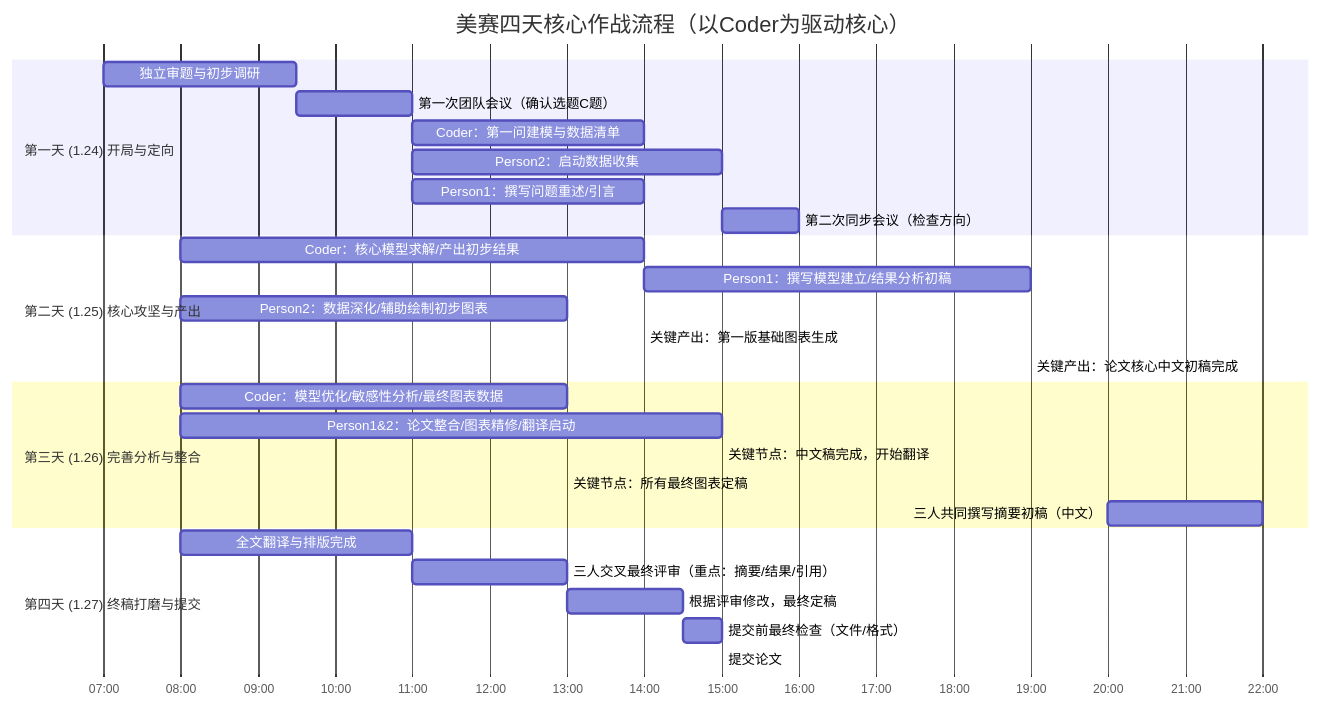
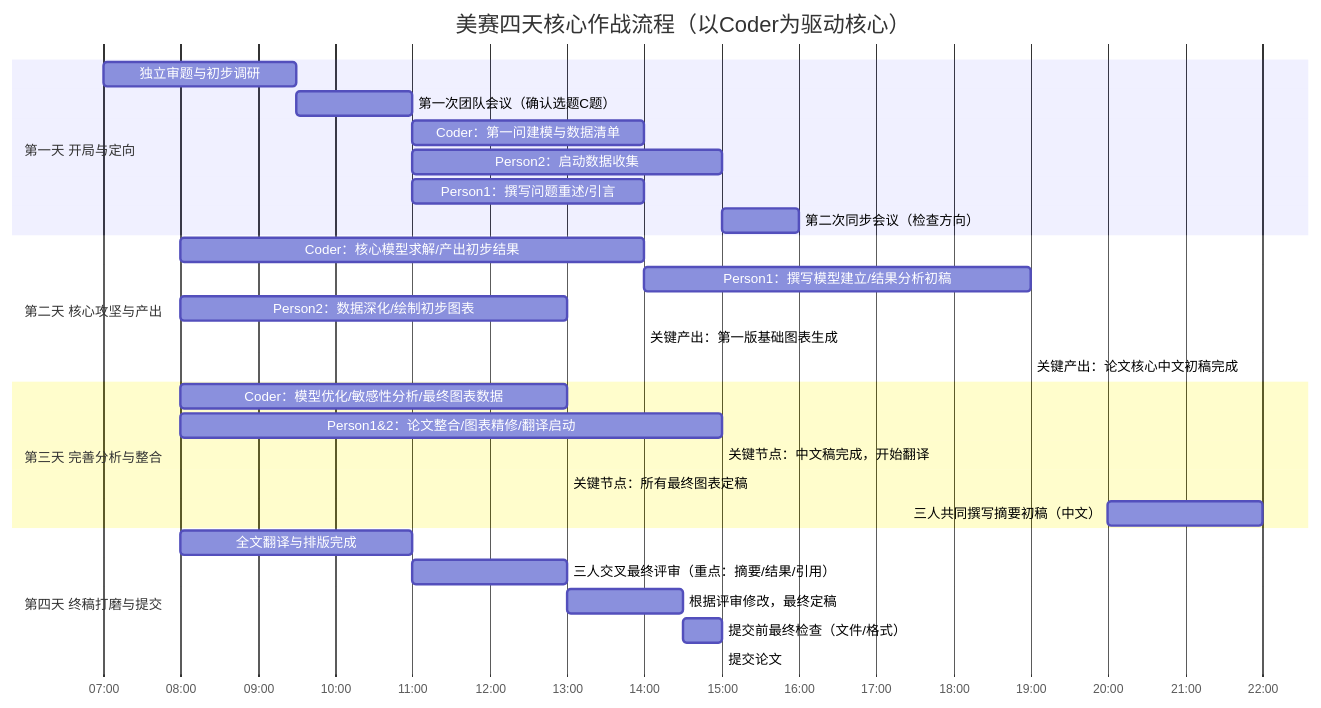
The diagram in docs/our_plan.md (Juccy-12/MathModelHub), drawn with Mermaid before and after one commit. The commit also changed other lines of this file, not shown here.

````diff
--- a/docs/our_plan.md
+++ b/docs/our_plan.md
@@ -108,35 +96,35 @@
 ```mermaid
 gantt
     title 美赛四天核心作战流程（以Coder为驱动核心）
     dateFormat HH:mm
     axisFormat %H:%M
     
-    section 第一天 (1.24) 开局与定向
+    section 第一天 开局与定向
     独立审题与初步调研 :d1_1, 07:00, 2.5h
     第一次团队会议（确认选题C题） :d1_2, after d1_1, 1.5h
     Coder：第一问建模与数据清单 :d1_3, after d1_2, 3h
     Person2：启动数据收集 :d1_4, after d1_2, 4h
     Person1：撰写问题重述/引言 :d1_5, after d1_2, 3h
     第二次同步会议（检查方向） :d1_6, after d1_3 d1_4 d1_5, 1h
     
-    section 第二天 (1.25) 核心攻坚与产出
+    section 第二天 核心攻坚与产出
     Coder：核心模型求解/产出初步结果 :d2_1, 08:00, 6h
     Person1：撰写模型建立/结果分析初稿 :d2_2, after d2_1, 5h
-    Person2：数据深化/辅助绘制初步图表 :d2_3, 08:00, 5h
+    Person2：数据深化/绘制初步图表 :d2_3, 08:00, 5h
     关键产出：第一版基础图表生成 :milestone1, after d2_1, 0h
     关键产出：论文核心中文初稿完成 :milestone2, after d2_2, 0h
     
-    section 第三天 (1.26) 完善分析与整合
+    section 第三天 完善分析与整合
     Coder：模型优化/敏感性分析/最终图表数据 :d3_1, 08:00, 5h
     Person1&2：论文整合/图表精修/翻译启动 :d3_2, 08:00, 7h
     关键节点：中文稿完成，开始翻译 :milestone3, after d3_2, 0h
     关键节点：所有最终图表定稿 :milestone4, after d3_1, 0h
     三人共同撰写摘要初稿（中文） :d3_3, 20:00, 2h
     
-    section 第四天 (1.27) 终稿打磨与提交
+    section 第四天 终稿打磨与提交
     全文翻译与排版完成 :d4_1, 08:00, 3h
     三人交叉最终评审（重点：摘要/结果/引用） :d4_2, after d4_1, 2h
     根据评审修改，最终定稿 :d4_3, after d4_2, 1.5h
     提交前最终检查（文件/格式） :d4_4, after d4_3, 0.5h
     提交论文 :milestone5, after d4_4, 0h
 ```
````
